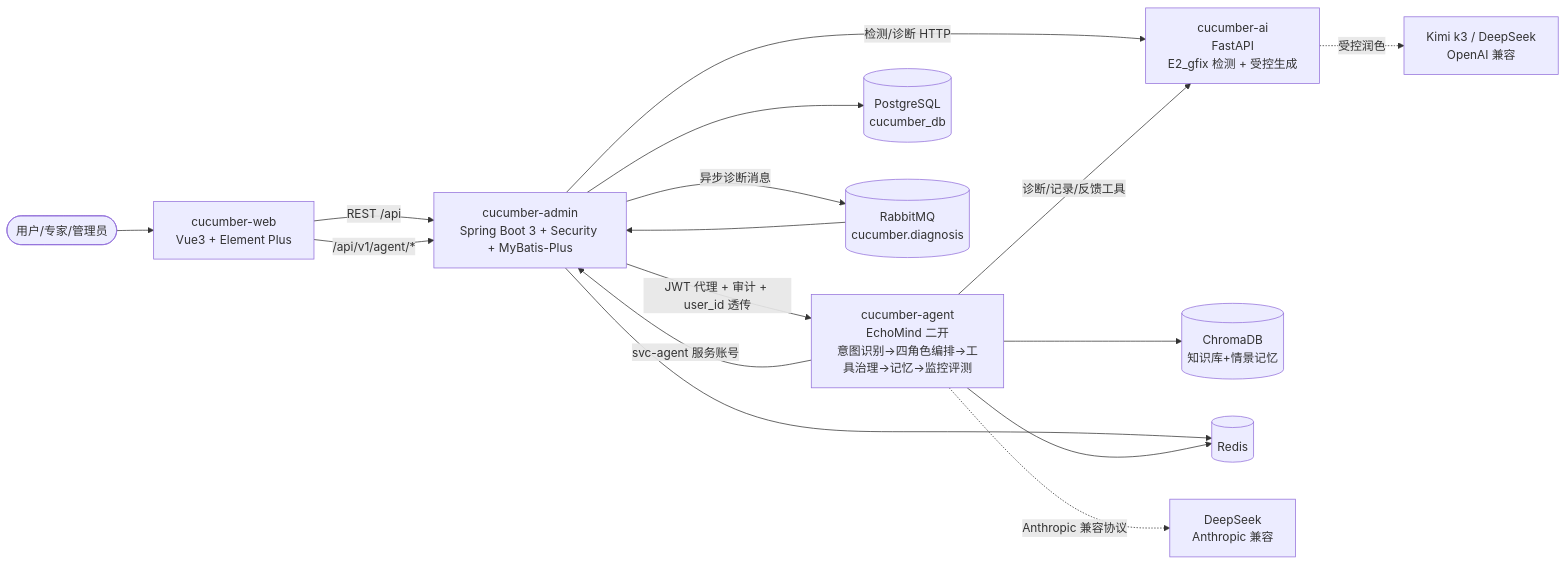
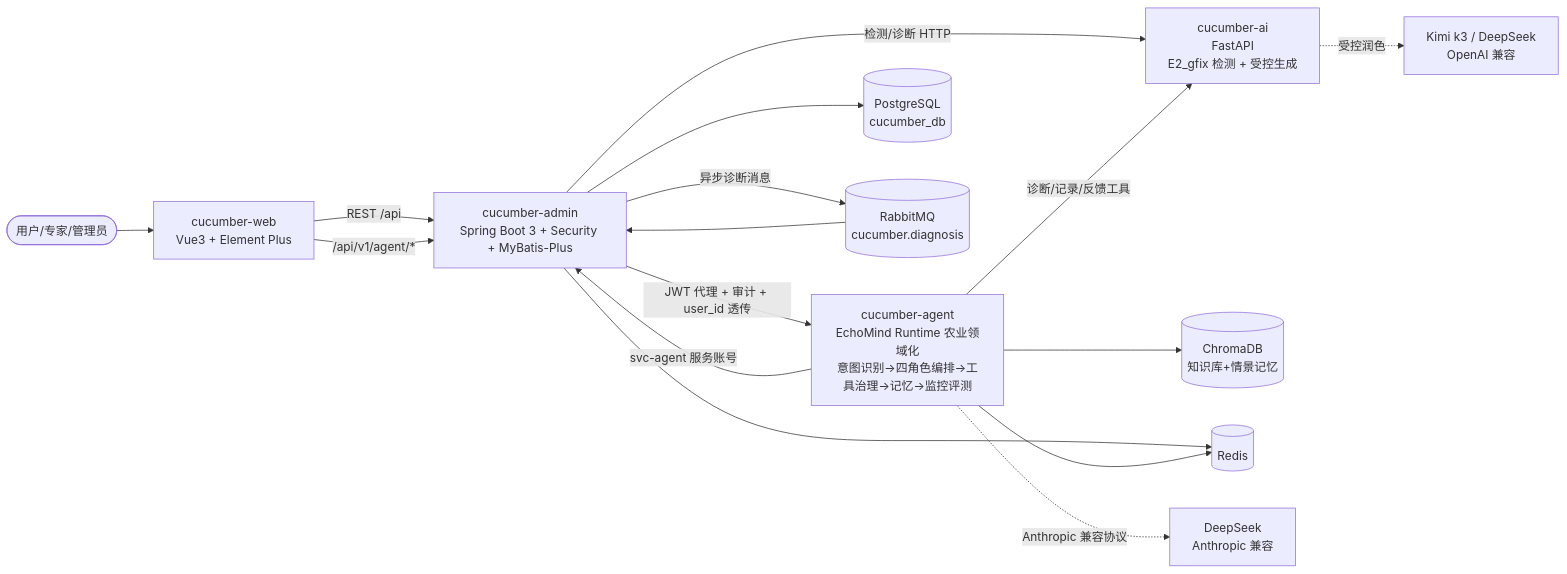
Before and after one commit to ssrnium/Cucumber-AI-Diagnosis: the diagram in README.md, drawn with Mermaid. The commit also changed other lines of this file, not shown here.

````diff
--- a/README.md
+++ b/README.md
@@ -15,18 +40,18 @@
 ```mermaid
 flowchart LR
     User([用户/专家/管理员]) --> Web[cucumber-web<br/>Vue3 + Element Plus]
     Web -->|REST /api| Admin[cucumber-admin<br/>Spring Boot 3 + Security + MyBatis-Plus]
     Admin -->|检测/诊断 HTTP| AI[cucumber-ai<br/>FastAPI<br/>E2_gfix 检测 + 受控生成]
     Web -->|/api/v1/agent/*| Admin
-    Admin -->|JWT 代理 + 审计 + user_id 透传| Agent[cucumber-agent<br/>EchoMind 二开<br/>意图识别→四角色编排→工具治理→记忆→监控评测]
+    Admin -->|JWT 代理 + 审计 + user_id 透传| Agent[cucumber-agent<br/>EchoMind Runtime 农业领域化<br/>意图识别→四角色编排→工具治理→记忆→监控评测]
     Agent -->|诊断/记录/反馈工具| AI
     Agent -->|svc-agent 服务账号| Admin
     Agent --> Chroma[(ChromaDB<br/>知识库+情景记忆)]
     Admin --> DB[(PostgreSQL<br/>cucumber_db)]
     Admin --> Redis[(Redis)]
     Agent --> Redis
     Admin -->|异步诊断消息| MQ[(RabbitMQ<br/>cucumber.diagnosis)]
     MQ --> Admin
     AI -.->|受控润色| Kimi[Kimi k3 / DeepSeek<br/>OpenAI 兼容]
     Agent -.->|Anthropic 兼容协议| DeepSeek[DeepSeek<br/>Anthropic 兼容]
 ```
````
